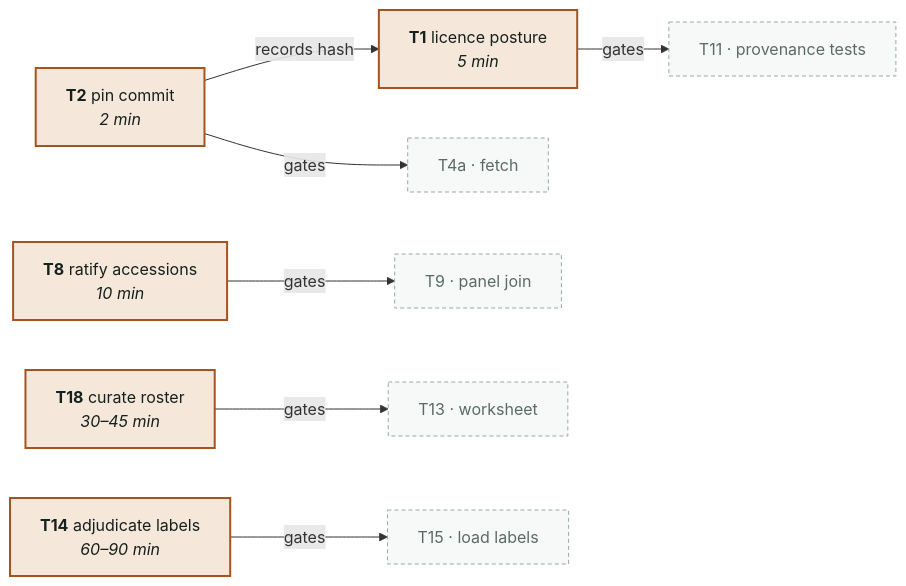
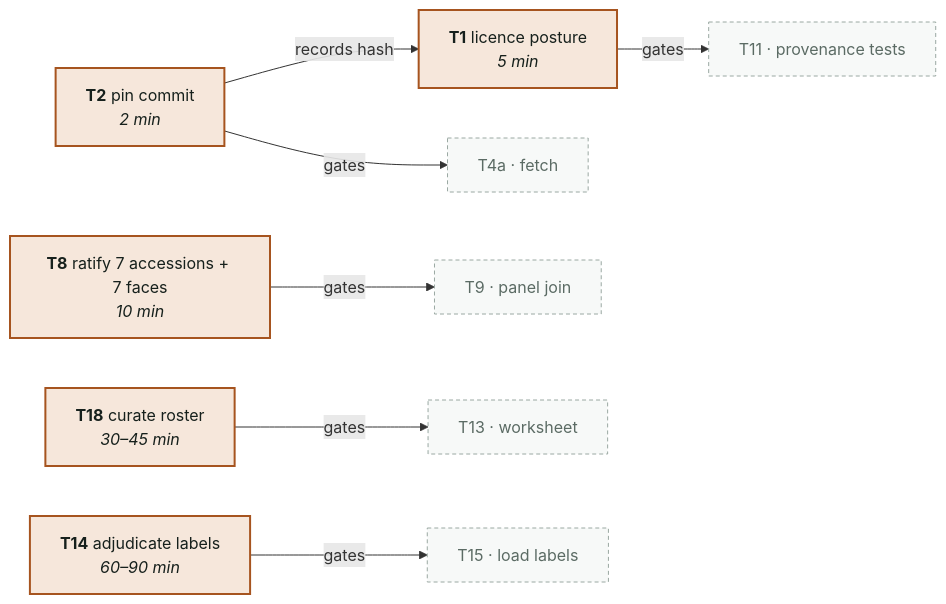
One commit to supmo668/bioFM changed the third of 3 diagrams in projects/lung-on-chipsim/README.md. Above: the diagram before and after it, drawn with Mermaid. The commit also changed other lines of this file and 15 other files, not shown here.

````diff
--- a/projects/lung-on-chipsim/README.md
+++ b/projects/lung-on-chipsim/README.md
@@ -140,24 +141,24 @@
 ```mermaid
 flowchart LR
     T2["<b>T2</b> pin commit<br/><i>2 min</i>"]:::human
     T1["<b>T1</b> licence posture<br/><i>5 min</i>"]:::human
-    T8["<b>T8</b> ratify accessions<br/><i>10 min</i>"]:::human
+    T8["<b>T8</b> ratify 7 accessions + 7 faces<br/><i>10 min</i>"]:::human
     T18["<b>T18</b> curate roster<br/><i>30–45 min</i>"]:::human
     T14["<b>T14</b> adjudicate labels<br/><i>60–90 min</i>"]:::human
 
     T4a["T4a · fetch"]:::blocked
     T11["T11 · provenance tests"]:::blocked
     T9["T9 · panel join"]:::blocked
     T13["T13 · worksheet"]:::blocked
     T15["T15 · load labels"]:::blocked
 
     T2 -->|gates| T4a
     T2 -->|"records hash"| T1
     T1 -->|gates| T11
     T8 -->|gates| T9
     T18 -->|gates| T13
     T14 -->|gates| T15
 
     classDef human fill:#f6e7db,stroke:#a6541f,stroke-width:2px,color:#16201c
     classDef blocked fill:#f7f9f8,stroke:#9aa8a2,stroke-dasharray:4 3,color:#5b6b64
 ```
````
